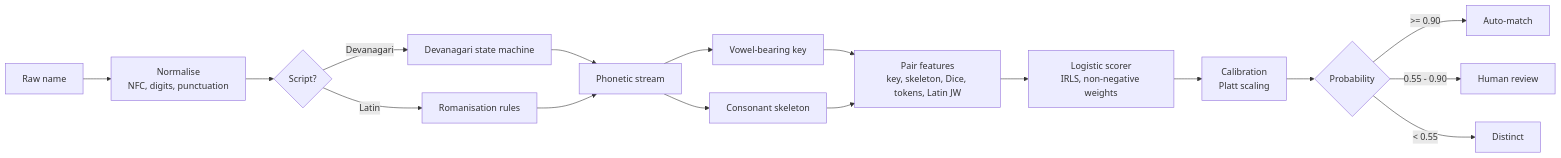
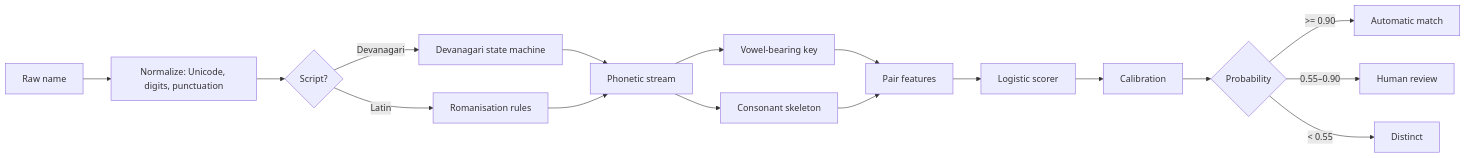
The diagram in README.md (prabeshdahal-official/Milaun-), drawn with Mermaid before and after one commit. The commit also changed other lines of this file, not shown here.

````diff
--- a/README.md
+++ b/README.md
@@ -177,19 +190,19 @@
 ```mermaid
 flowchart LR
-    A[Raw name] --> B[Normalise<br/>NFC, digits, punctuation]
+    A[Raw name] --> B[Normalize: Unicode, digits, punctuation]
     B --> C{Script?}
     C -->|Devanagari| D[Devanagari state machine]
     C -->|Latin| E[Romanisation rules]
     D --> F[Phonetic stream]
     E --> F
     F --> G[Vowel-bearing key]
     F --> H[Consonant skeleton]
-    G --> I[Pair features<br/>key, skeleton, Dice, tokens, Latin JW]
+    G --> I[Pair features]
     H --> I
-    I --> J[Logistic scorer<br/>IRLS, non-negative weights]
-    J --> K[Calibration<br/>Platt scaling]
+    I --> J[Logistic scorer]
+    J --> K[Calibration]
     K --> L{Probability}
-    L -->|>= 0.90| M[Auto-match]
-    L -->|0.55 - 0.90| N[Human review]
+    L -->|>= 0.90| M[Automatic match]
+    L -->|0.55–0.90| N[Human review]
     L -->|< 0.55| O[Distinct]
 ```
````
